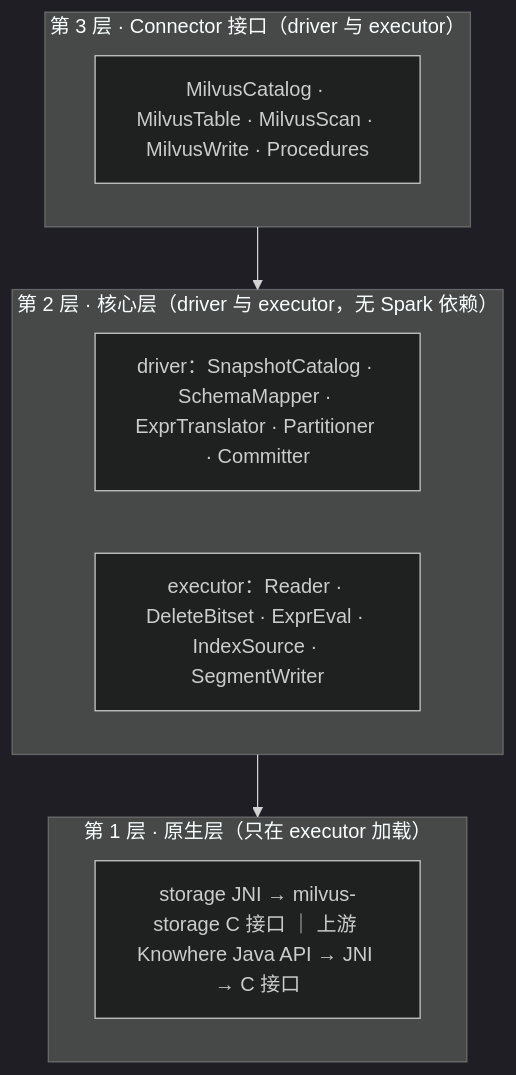
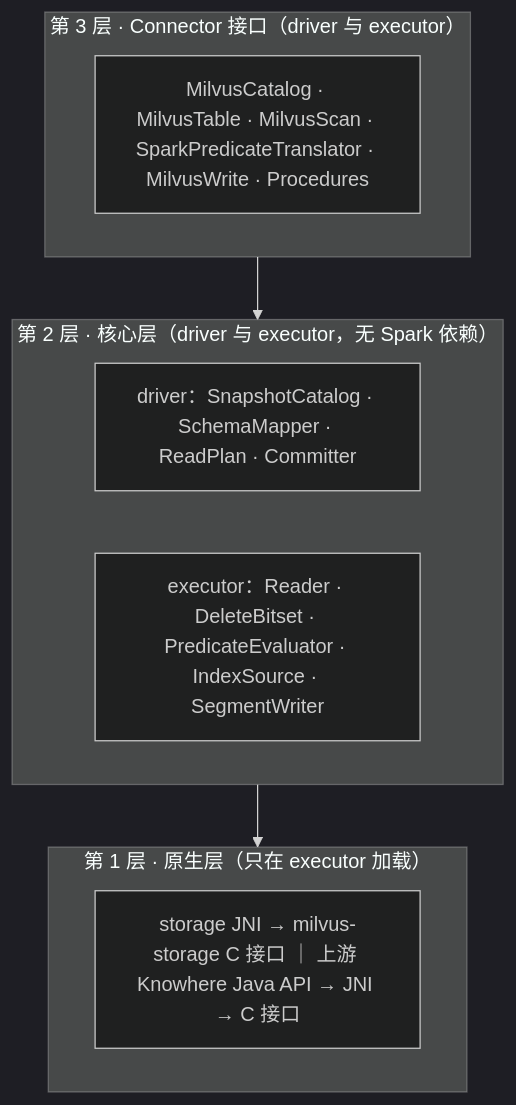
The first of 3 diagrams in docs/design/README.md (zilliztech/spark-milvus), drawn with Mermaid (dark theme) before and after one commit. The commit also changed other lines of this file and 34 other files, not shown here.

Commit message:
feat(read): evaluate Spark V2 predicates in connector

````diff
--- a/docs/design/README.md
+++ b/docs/design/README.md
@@ -53,14 +53,14 @@
 ```mermaid
 flowchart TB
   subgraph L3["第 3 层 · Connector 接口（driver 与 executor）"]
-    C3["MilvusCatalog · MilvusTable · MilvusScan · MilvusWrite · Procedures"]
+    C3["MilvusCatalog · MilvusTable · MilvusScan · SparkPredicateTranslator · MilvusWrite · Procedures"]
   end
   subgraph L2["第 2 层 · 核心层（driver 与 executor，无 Spark 依赖）"]
-    C2d["driver：SnapshotCatalog · SchemaMapper · ExprTranslator · Partitioner · Committer"]
-    C2e["executor：Reader · DeleteBitset · ExprEval · IndexSource · SegmentWriter"]
+    C2d["driver：SnapshotCatalog · SchemaMapper · ReadPlan · Committer"]
+    C2e["executor：Reader · DeleteBitset · PredicateEvaluator · IndexSource · SegmentWriter"]
   end
   subgraph L1["第 1 层 · 原生层（只在 executor 加载）"]
     C1["storage JNI → milvus-storage C 接口 ｜ 上游 Knowhere Java API → JNI → C 接口"]
   end
   L3 --> L2 --> L1
 ```
````
